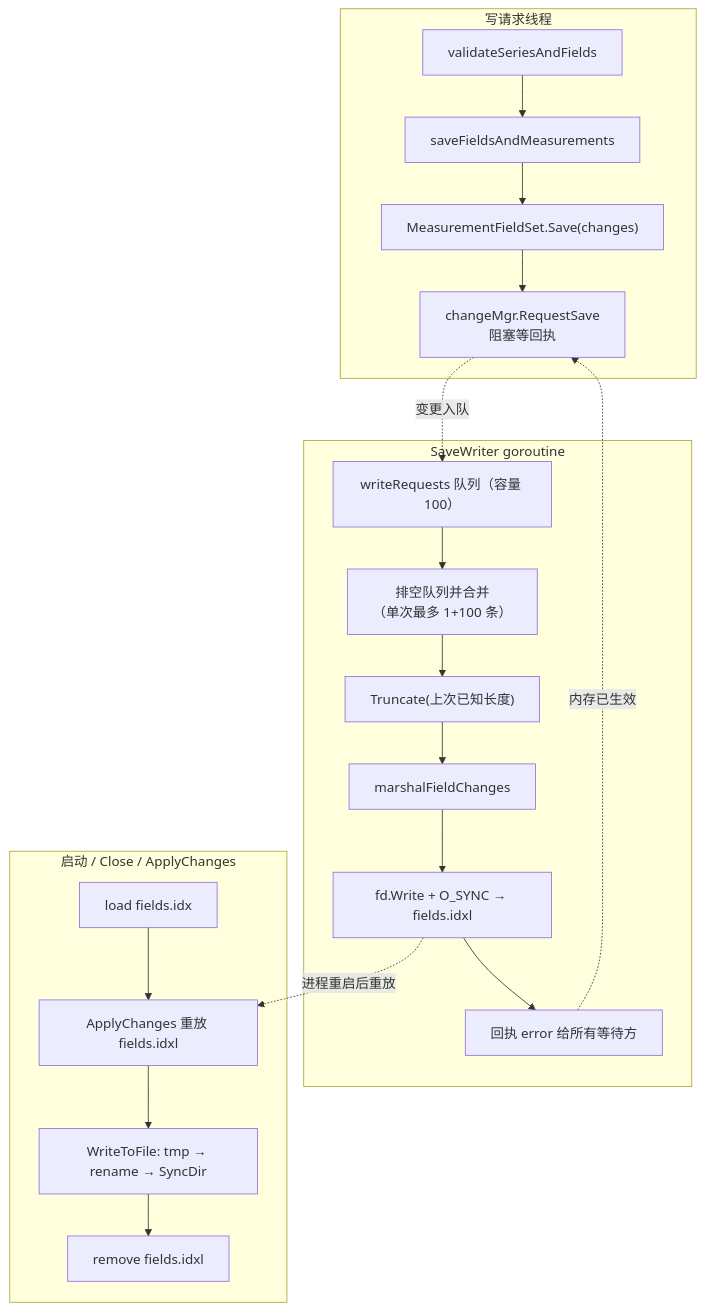
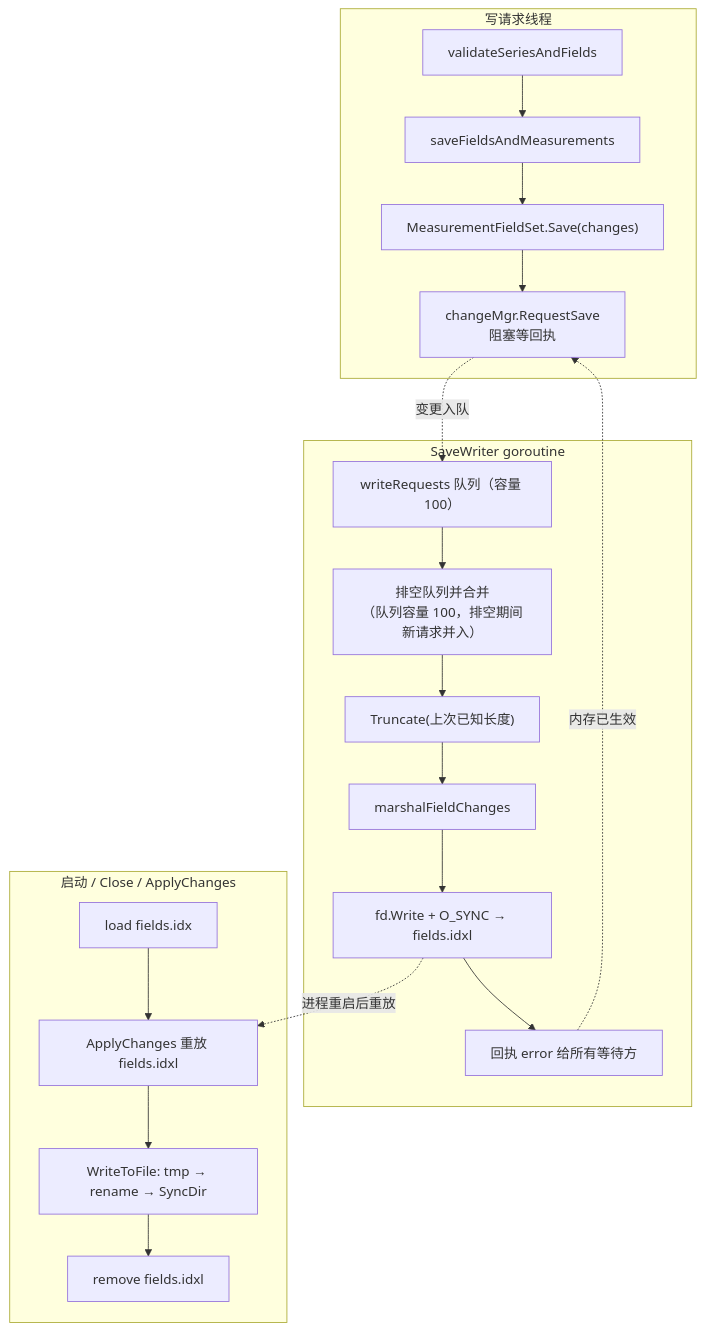
One commit to stefanv5/influxdb changed diagram 14 of 15 in docs/specs/06_cluster_communication_spec.md. Above: the diagram before and after it, drawn with Mermaid. The commit also changed other lines of this file and 12 other files, not shown here.

````diff
--- a/docs/specs/06_cluster_communication_spec.md
+++ b/docs/specs/06_cluster_communication_spec.md
@@ -2364,23 +2364,23 @@
 ```mermaid
 flowchart TD
     subgraph W["写请求线程"]
         W1["validateSeriesAndFields"] --> W2["saveFieldsAndMeasurements"]
         W2 --> W3["MeasurementFieldSet.Save(changes)"]
         W3 --> W4["changeMgr.RequestSave<br/>阻塞等回执"]
     end
     subgraph S["SaveWriter goroutine"]
-        S1["writeRequests 队列（容量 100）"] --> S2["排空队列并合并<br/>（单次最多 1+100 条）"]
+        S1["writeRequests 队列（容量 100）"] --> S2["排空队列并合并<br/>（队列容量 100，排空期间新请求并入）"]
         S2 --> S3["Truncate(上次已知长度)"]
         S3 --> S4["marshalFieldChanges"]
         S4 --> S5["fd.Write + O_SYNC → fields.idxl"]
         S5 --> S6["回执 error 给所有等待方"]
     end
     subgraph L["启动 / Close / ApplyChanges"]
         L1["load fields.idx"] --> L2["ApplyChanges 重放 fields.idxl"]
         L2 --> L3["WriteToFile: tmp → rename → SyncDir"]
         L3 --> L4["remove fields.idxl"]
     end
     W4 -.->|"变更入队"| S1
     S6 -.->|"内存已生效"| W4
     S5 -.->|"进程重启后重放"| L2
 ```
````
